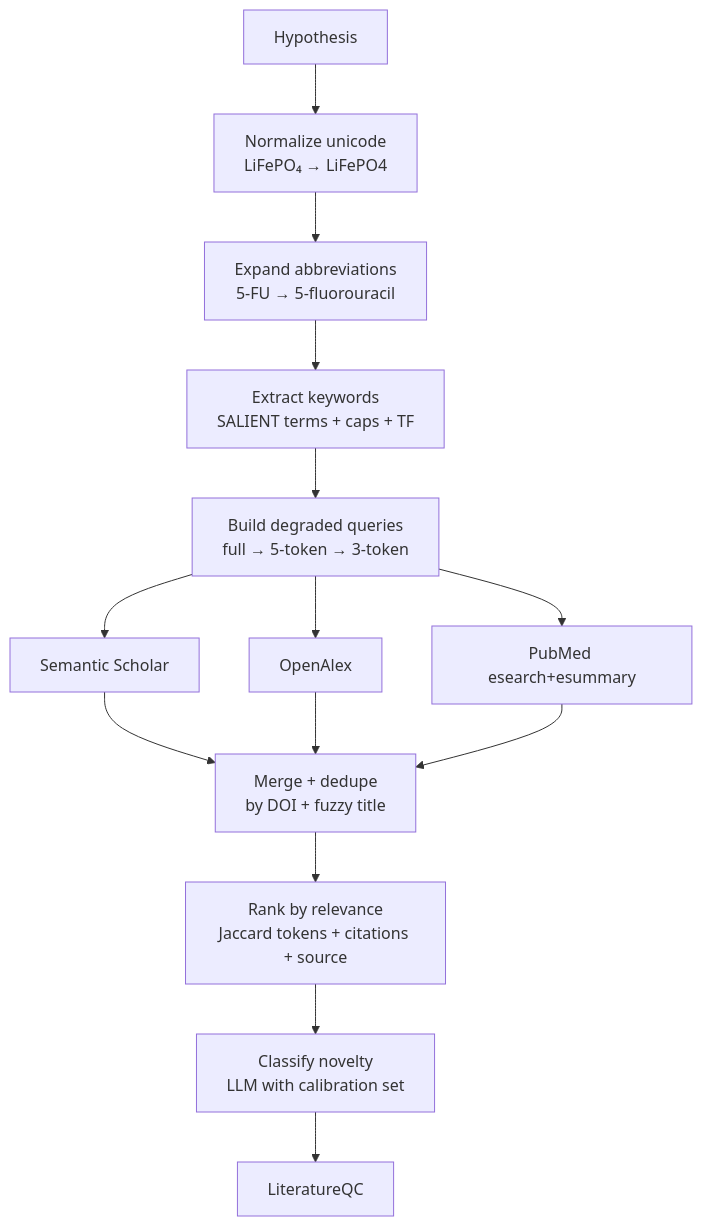
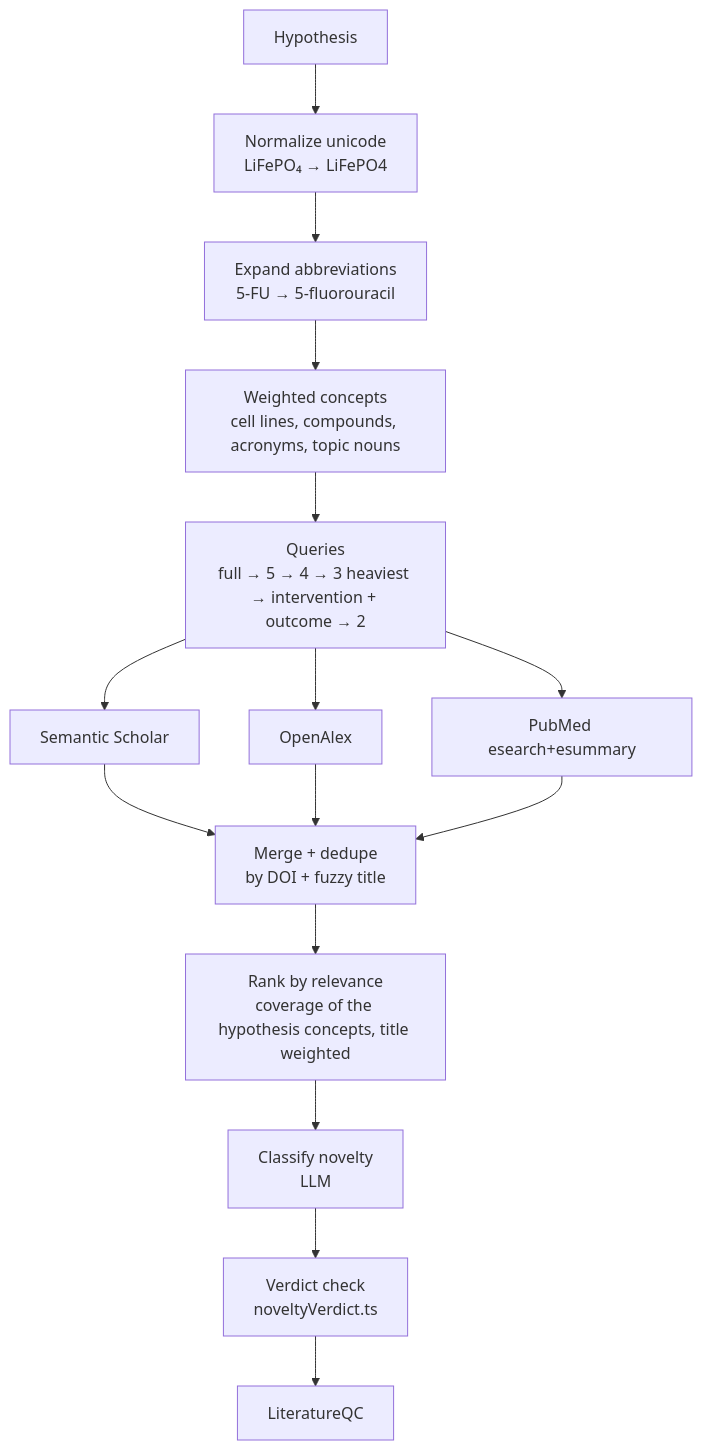
Before and after one commit to gopalinternship-unibasel/ai-scientist: the fourth of 9 diagrams in docs/ARCHITECTURE.md, drawn with Mermaid. The commit also changed other lines of this file and 2 other files, not shown here.

First line of the commit message:
Docs: round-2 access rules, plan checks and novelty check; fix stale statements

````diff
--- a/docs/ARCHITECTURE.md
+++ b/docs/ARCHITECTURE.md
@@ -183,19 +200,20 @@
 ```mermaid
 flowchart TB
   H[Hypothesis] --> NORM[Normalize unicode<br/>LiFePO₄ → LiFePO4]
   NORM --> ABBR[Expand abbreviations<br/>5-FU → 5-fluorouracil]
-  ABBR --> KW[Extract keywords<br/>SALIENT terms + caps + TF]
-  KW --> Q[Build degraded queries<br/>full → 5-token → 3-token]
+  ABBR --> KW[Weighted concepts<br/>cell lines, compounds, acronyms, topic nouns]
+  KW --> Q[Queries<br/>full → 5 → 4 → 3 heaviest → intervention + outcome → 2]
 
   Q --> S1[Semantic Scholar]
   Q --> S2[OpenAlex]
   Q --> S3[PubMed esearch+esummary]
 
   S1 --> M[Merge + dedupe<br/>by DOI + fuzzy title]
   S2 --> M
   S3 --> M
 
-  M --> R[Rank by relevance<br/>Jaccard tokens + citations + source]
-  R --> CL[Classify novelty<br/>LLM with calibration set]
-  CL --> OUT[LiteratureQC]
+  M --> R[Rank by relevance<br/>coverage of the hypothesis concepts, title weighted]
+  R --> CL[Classify novelty<br/>LLM]
+  CL --> VC[Verdict check<br/>noveltyVerdict.ts]
+  VC --> OUT[LiteratureQC]
 ```
````
